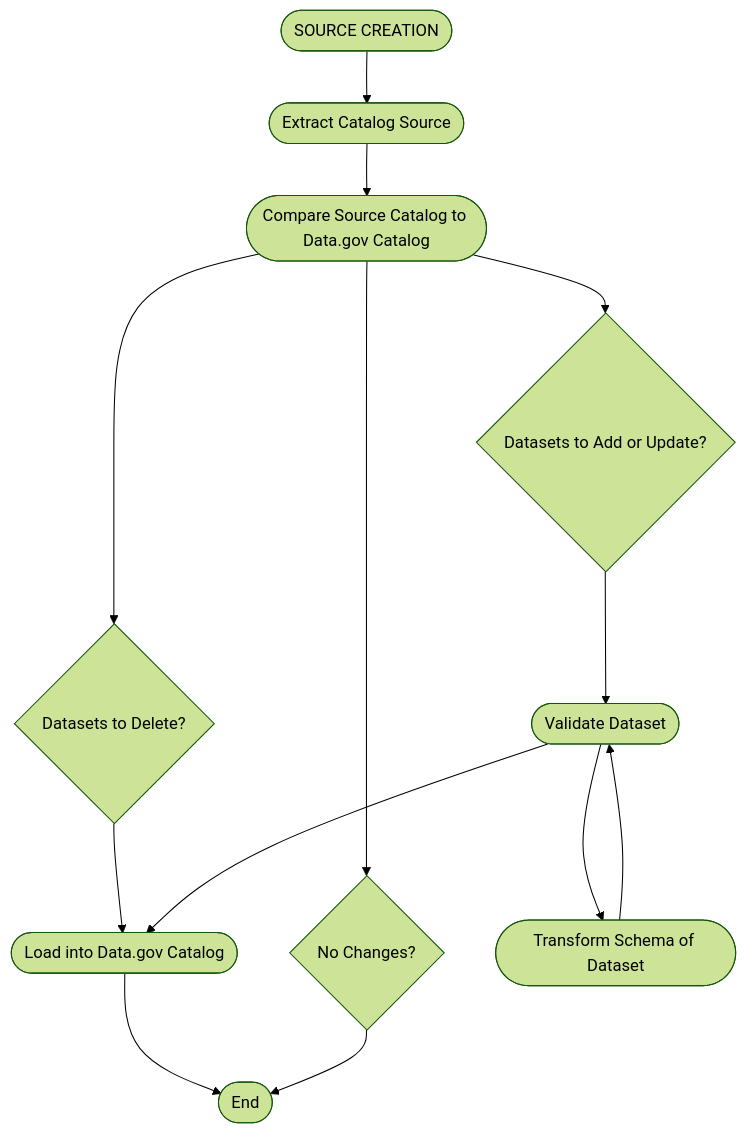
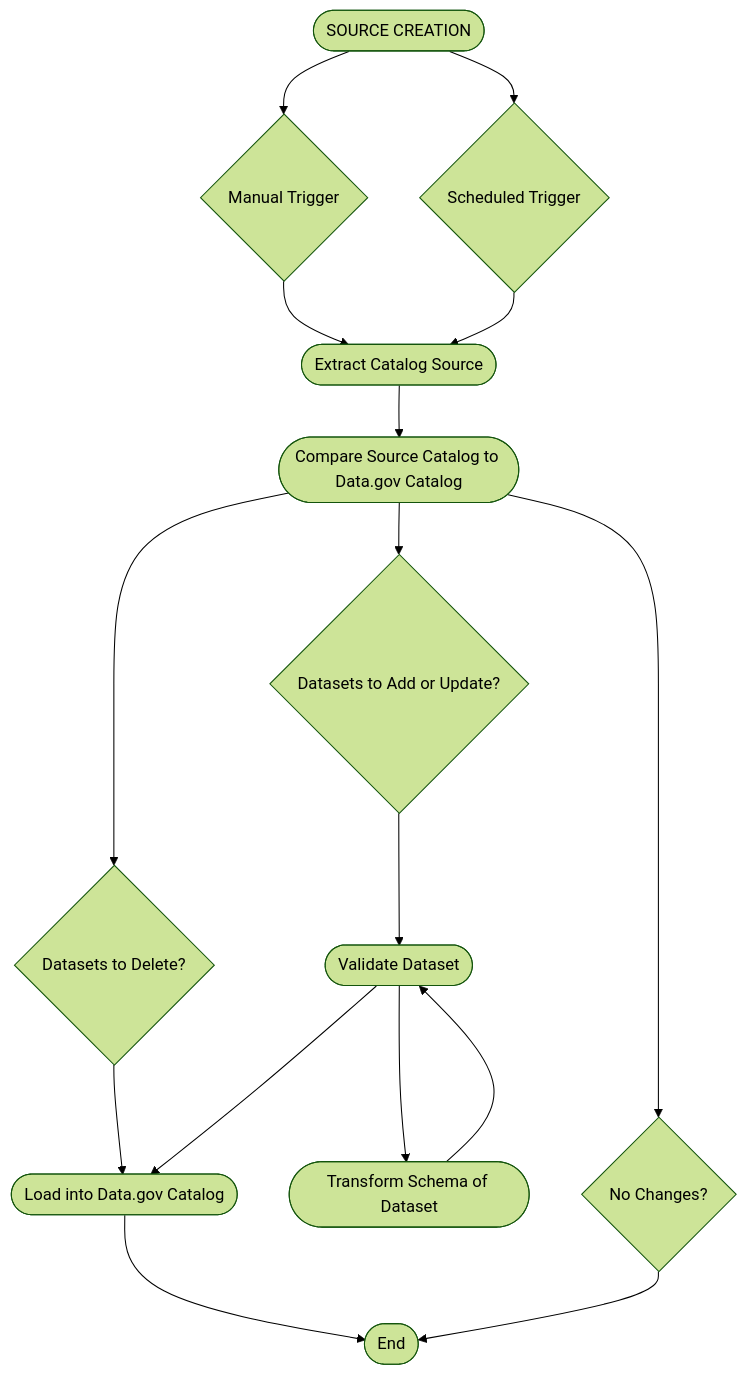
One commit to GSA/datagov-harvester changed the diagram in docs/new_harvesting.mmd. Above: the diagram before and after it, drawn with Mermaid (forest theme). The commit also changed 3 other files, not shown here.

```diff
--- a/docs/new_harvesting.mmd
+++ b/docs/new_harvesting.mmd
@@ -1,24 +1,32 @@
 flowchart TD
+  %% Operations
   sc([SOURCE CREATION])
   extract([Extract Catalog Source])
   compare([Compare Source Catalog to Data.gov Catalog])
-  nochanges{No Changes?}
-  deletions{Datasets to Delete?}
-  updates{Datasets to Add or Update?}
   load([Load into Data.gov Catalog])
   validate([Validate Dataset])
   transform([Transform Schema of Dataset])
   completed([End])
 
-  sc --> extract
+  %% Conditions
+  nochanges{No Changes?}
+  deletions{Datasets to Delete?}
+  updates{Datasets to Add or Update?}
+  manual{Manual Trigger}
+  scheduled{Scheduled Trigger}
+
+  sc --> manual
+  sc --> scheduled
+  manual --> extract
+  scheduled --> extract
   extract --> compare
   compare --> deletions
   compare --> updates
   deletions --> load
   updates --> validate
   validate --> transform
   transform --> validate
   validate --> load
   load --> completed
   compare --> nochanges
   nochanges --> completed
```
